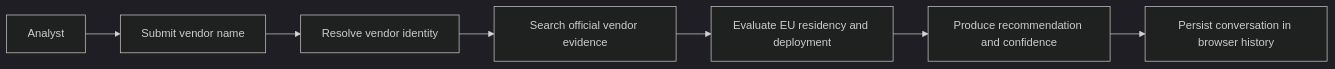
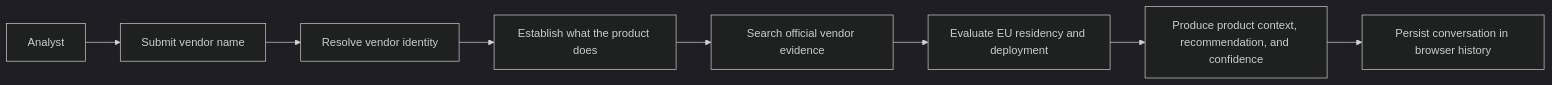
Before and after one commit to srinivasrowdur/ArchReviewAgent: the second of 6 diagrams in architecture.md, drawn with Mermaid (dark theme). The commit also changed other lines of this file and 9 other files, not shown here.

Commit message:
Preserve product-specific context

````diff
--- a/architecture.md
+++ b/architecture.md
@@ -141,9 +144,10 @@
 ```mermaid
 flowchart LR
   U["Analyst"] --> P1["Submit vendor name"]
   P1 --> P2["Resolve vendor identity"]
-  P2 --> P3["Search official vendor evidence"]
-  P3 --> P4["Evaluate EU residency and deployment"]
-  P4 --> P5["Produce recommendation and confidence"]
-  P5 --> P6["Persist conversation in browser history"]
+  P2 --> P3["Establish what the product does"]
+  P3 --> P4["Search official vendor evidence"]
+  P4 --> P5["Evaluate EU residency and deployment"]
+  P5 --> P6["Produce product context, recommendation, and confidence"]
+  P6 --> P7["Persist conversation in browser history"]
 ```
````
